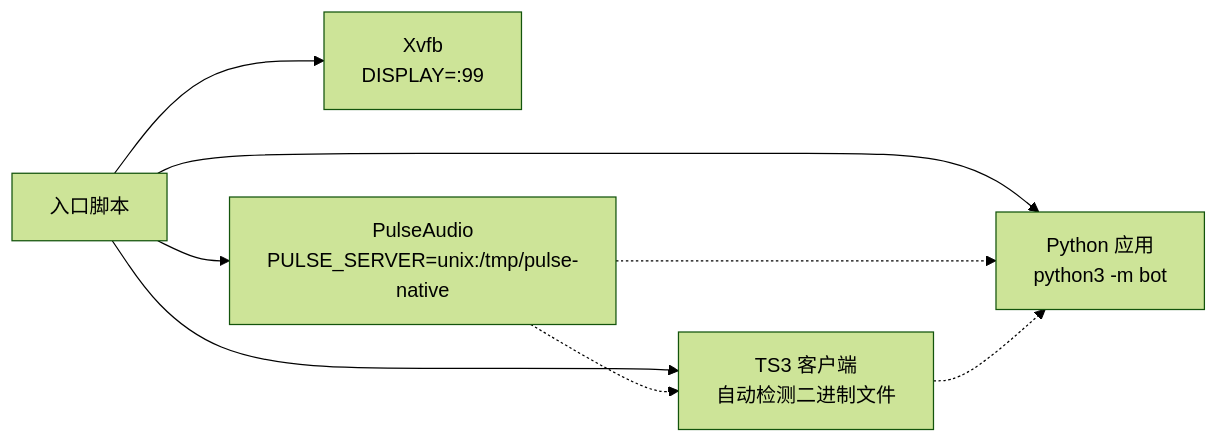
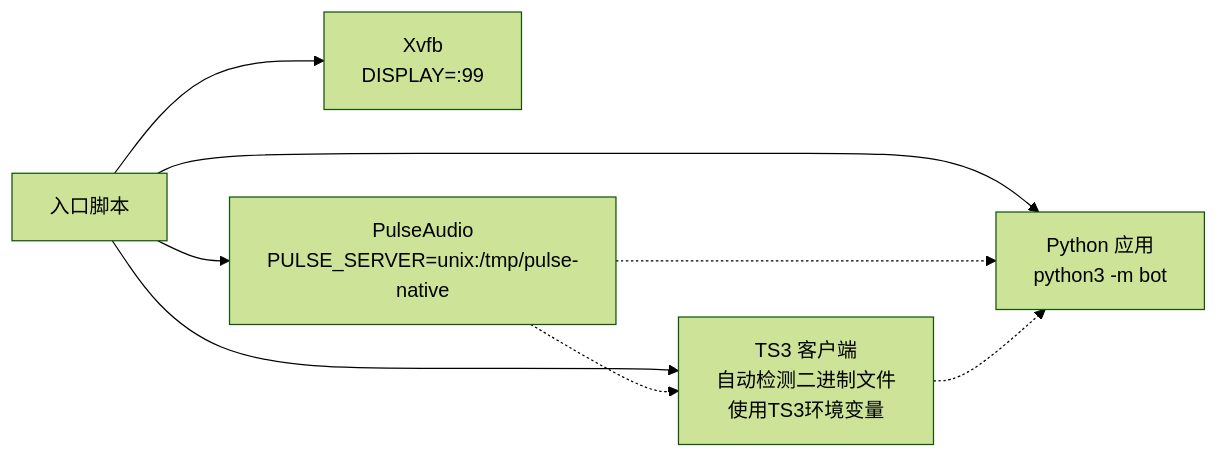
Before and after one commit to GhoulOwl/Teamspeak3_Bot: the fifth of 8 diagrams in .qoder/repowiki/zh/content/部署和运维/环境配置.md, drawn with Mermaid (forest theme). The commit also changed other lines of this file and 7 other files, not shown here.

````diff
--- a/.qoder/repowiki/zh/content/部署和运维/环境配置.md
+++ b/.qoder/repowiki/zh/content/部署和运维/环境配置.md
@@ -189,10 +253,10 @@
 ```mermaid
 graph LR
 EP["入口脚本"] --> XVFB["Xvfb<br/>DISPLAY=:99"]
 EP --> PA["PulseAudio<br/>PULSE_SERVER=unix:/tmp/pulse-native"]
-EP --> TS3["TS3 客户端<br/>自动检测二进制文件"]
+EP --> TS3["TS3 客户端<br/>自动检测二进制文件<br/>使用TS3环境变量"]
 EP --> BOT["Python 应用<br/>python3 -m bot"]
 PA -.-> TS3
 PA -.-> BOT
 TS3 -.-> BOT
 ```
````
